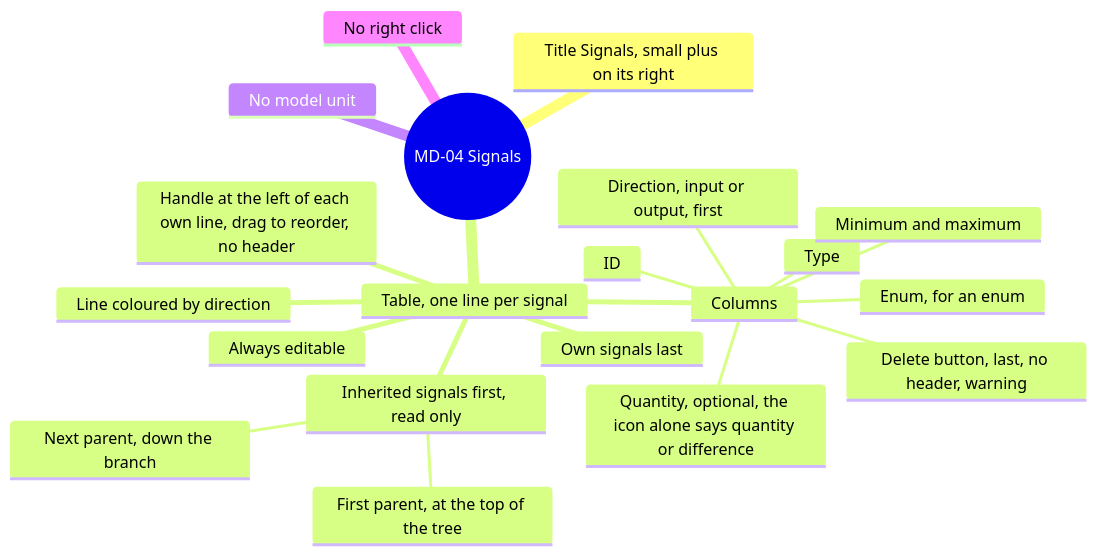
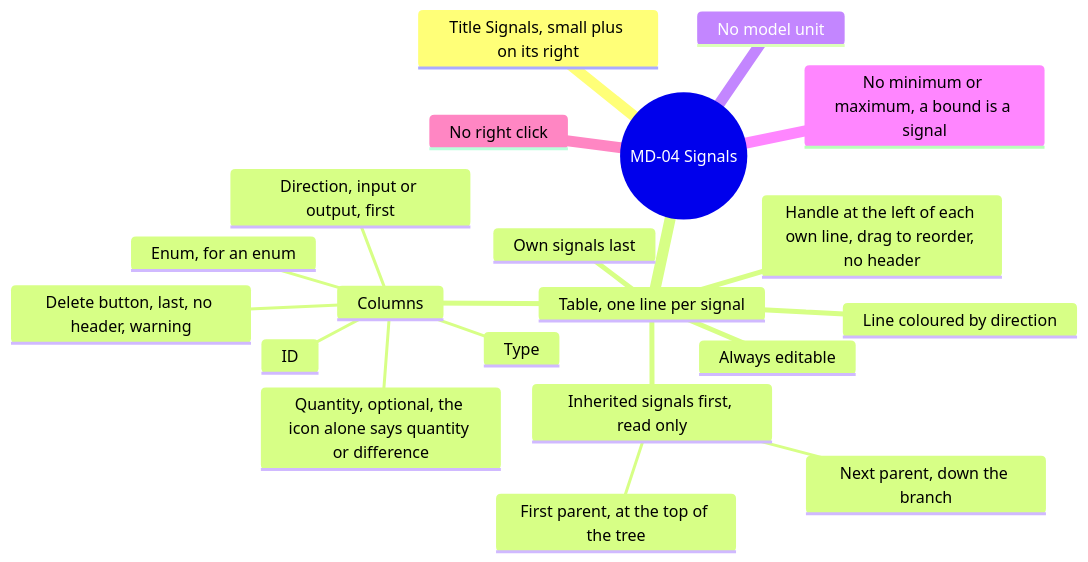
One commit to AlexandreGallais/synoptic-studio-spec changed the seventh of 15 diagrams in screens/metadata.md. Above: the diagram before and after it, drawn with Mermaid. The commit also changed other lines of this file and 11 other files, not shown here.

First line of the commit message:
docs(signals): make minimum and maximum signals of their own

````diff
--- a/screens/metadata.md
+++ b/screens/metadata.md
@@ -197,23 +196,23 @@
 ```mermaid
 mindmap
   root((MD-04 Signals))
     Title Signals, small plus on its right
     Table, one line per signal
       Inherited signals first, read only
         First parent, at the top of the tree
         Next parent, down the branch
       Own signals last
       Always editable
       Line coloured by direction
       Handle at the left of each own line, drag to reorder, no header
       Columns
         Direction, input or output, first
         ID
         Type
         Enum, for an enum
         Quantity, optional, the icon alone says quantity or difference
-        Minimum and maximum
         Delete button, last, no header, warning
     No model unit
+    No minimum or maximum, a bound is a signal
     No right click
 ```
````
